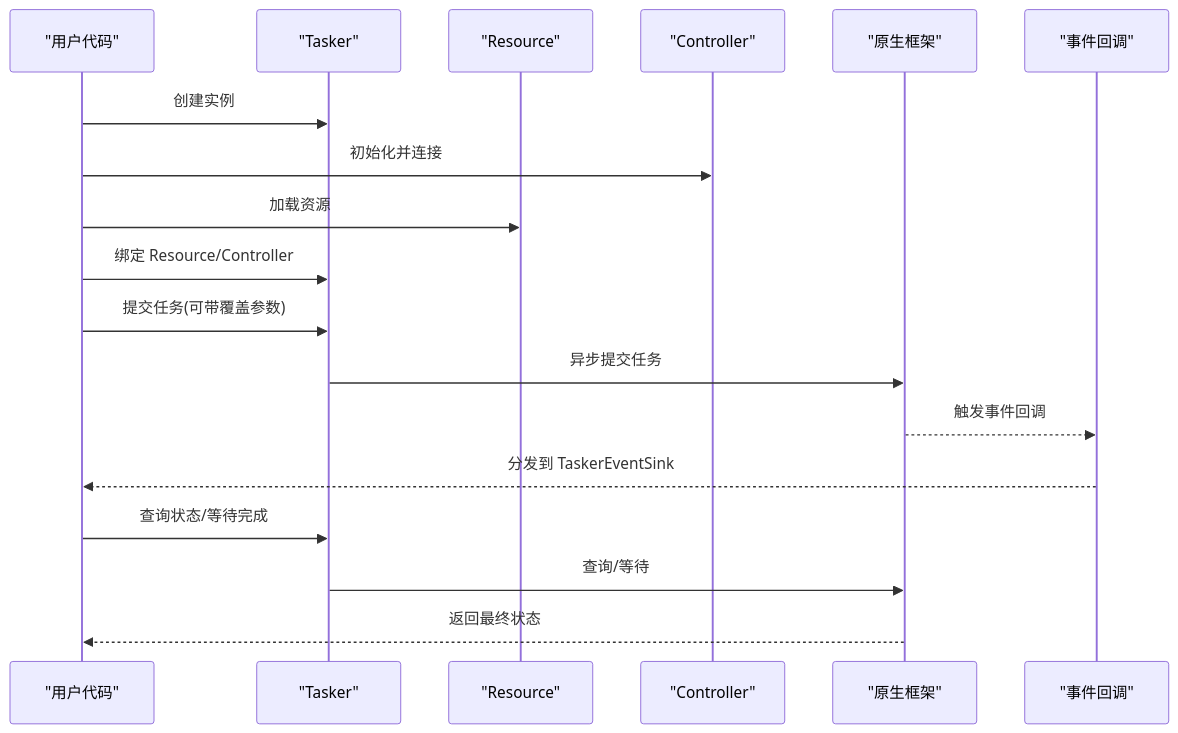
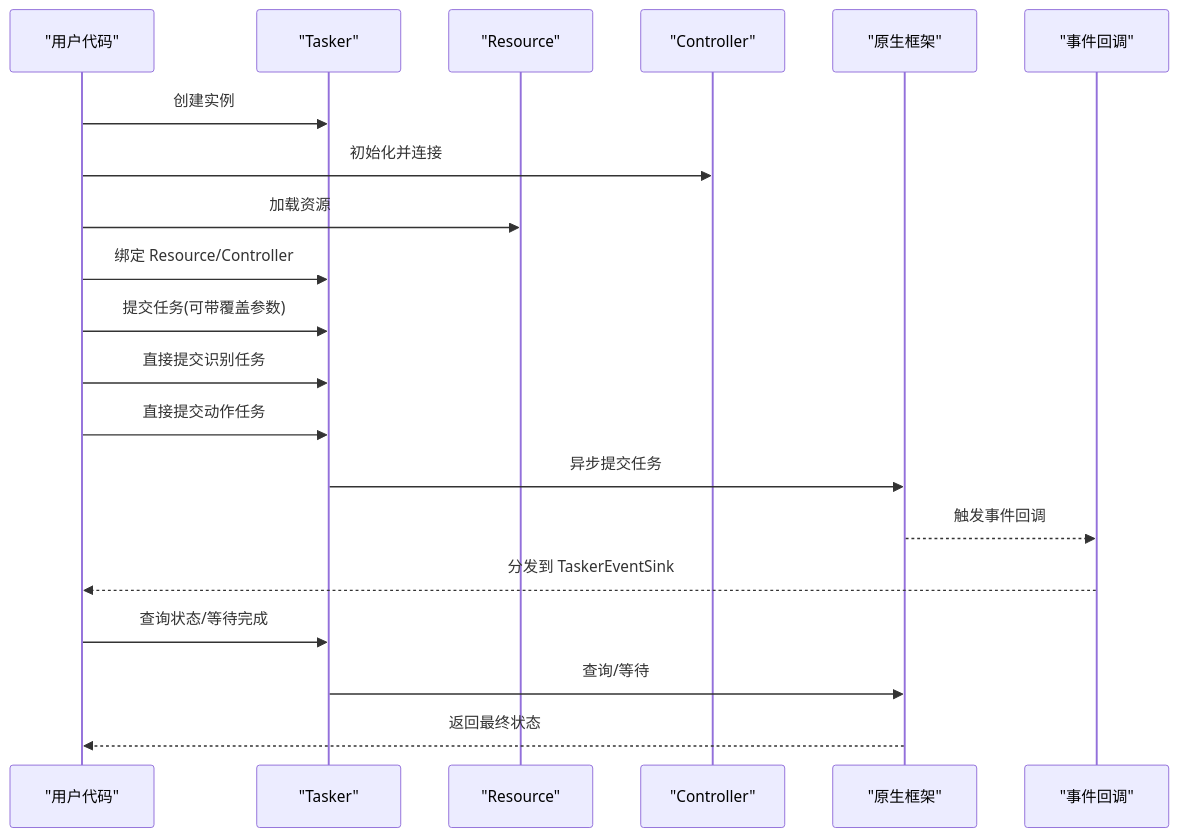
The second of 7 diagrams in instructions/maafw-golang/核心概念/任务管理器 (Tasker).md (kqcoxn/MaaPipelineEditor), drawn with Mermaid before and after one commit. The commit also changed other lines of this file and 5 other files, not shown here.

````diff
--- a/instructions/maafw-golang/核心概念/任务管理器 (Tasker).md
+++ b/instructions/maafw-golang/核心概念/任务管理器 (Tasker).md
@@ -103,20 +111,22 @@
 ```mermaid
 sequenceDiagram
 participant U as "用户代码"
 participant T as "Tasker"
 participant R as "Resource"
 participant C as "Controller"
 participant N as "原生框架"
 participant CB as "事件回调"
 U->>T : 创建实例
 U->>C : 初始化并连接
 U->>R : 加载资源
 U->>T : 绑定 Resource/Controller
 U->>T : 提交任务(可带覆盖参数)
+U->>T : 直接提交识别任务
+U->>T : 直接提交动作任务
 T->>N : 异步提交任务
 N-->>CB : 触发事件回调
 CB-->>U : 分发到 TaskerEventSink
 U->>T : 查询状态/等待完成
 T->>N : 查询/等待
 N-->>U : 返回最终状态
 ```
````
